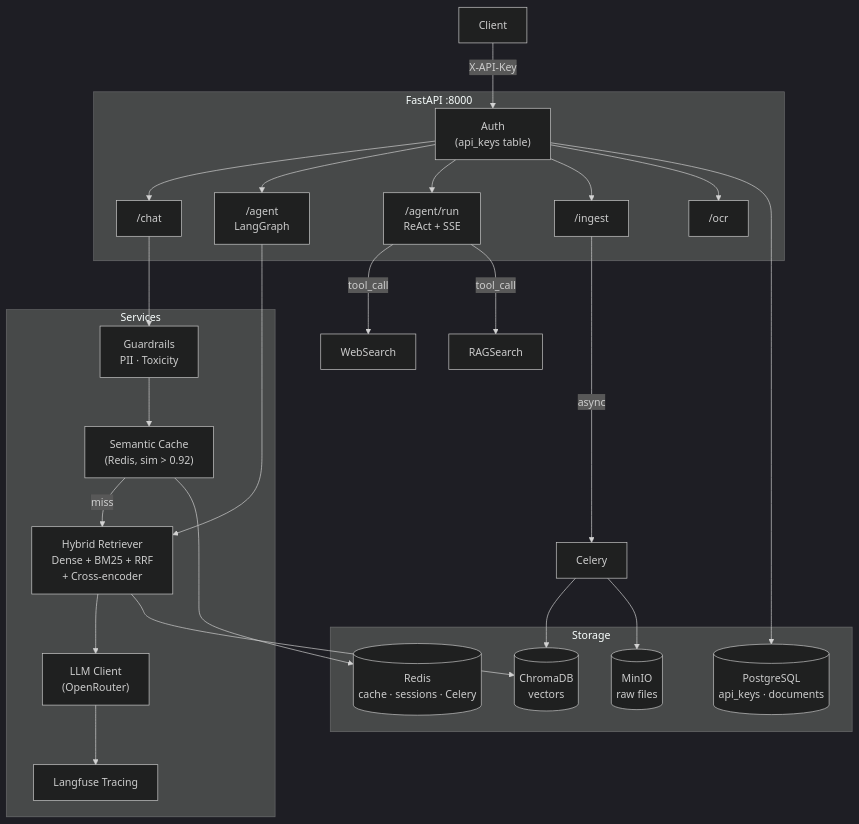
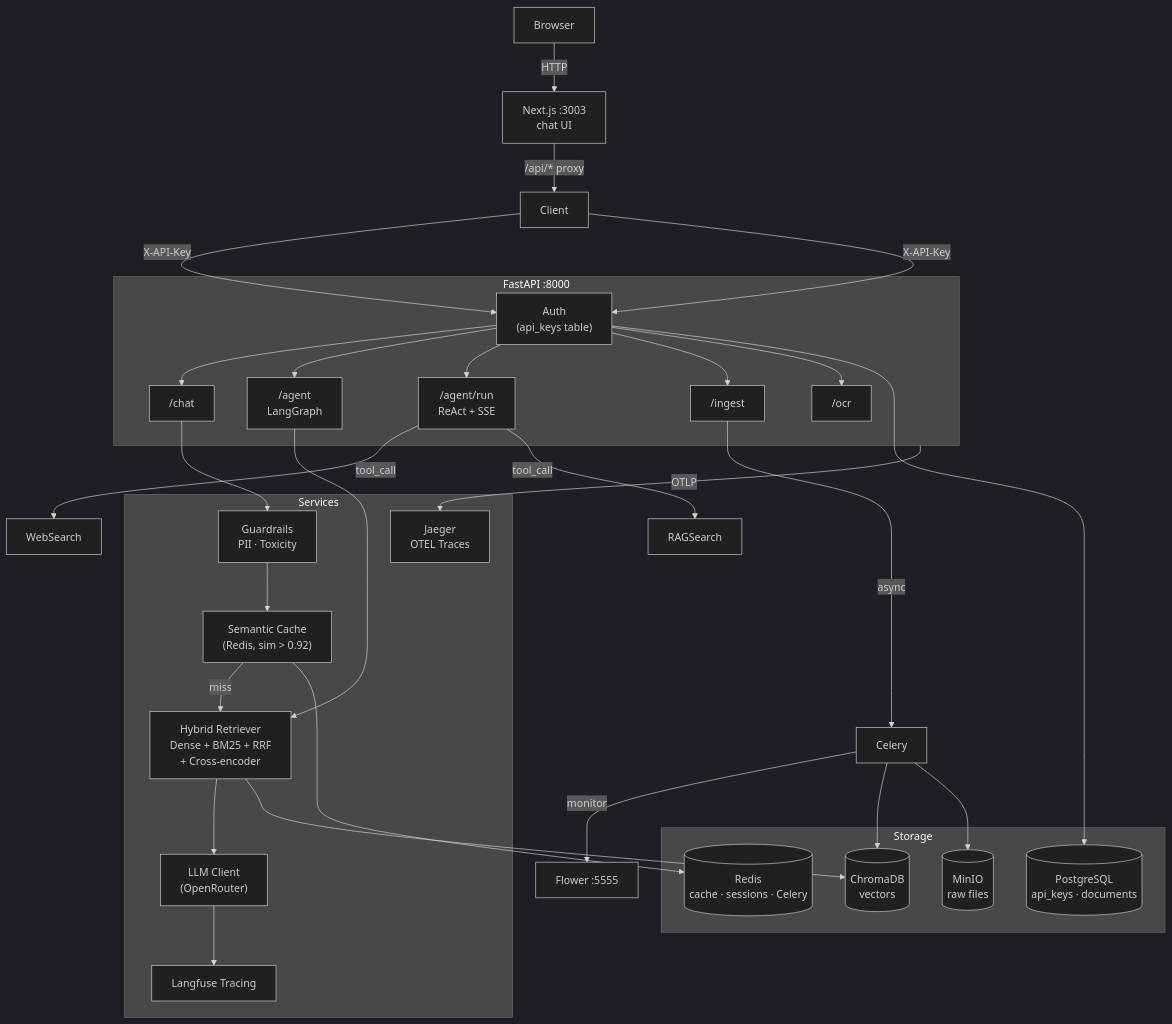
Before and after one commit to SeydinaBANE/rag-agent: the diagram in README.md, drawn with Mermaid (dark theme). The commit also changed other lines of this file and 5 other files, not shown here.

````diff
--- a/README.md
+++ b/README.md
@@ -25,44 +26,52 @@
 ```mermaid
 graph TB
+    Client -->|X-API-Key| Auth
+
+    Browser -->|HTTP| Frontend["Next.js :3003\nchat UI"]
+    Frontend -->|/api/* proxy| Client
+
     Client -->|X-API-Key| Auth
 
     subgraph API ["FastAPI :8000"]
         Auth["Auth\n(api_keys table)"]
         Chat["/chat"]
         Agent["/agent\nLangGraph"]
         ReAct["/agent/run\nReAct + SSE"]
         Ingest["/ingest"]
         OCR["/ocr"]
     end
 
     Auth --> Chat & Agent & ReAct & Ingest & OCR
 
     subgraph Services
         Guard["Guardrails\nPII · Toxicity"]
         Cache["Semantic Cache\n(Redis, sim > 0.92)"]
         Retriever["Hybrid Retriever\nDense + BM25 + RRF\n+ Cross-encoder"]
         LLM["LLM Client\n(OpenRouter)"]
         Langfuse["Langfuse Tracing"]
+        Jaeger["Jaeger\nOTEL Traces"]
     end
 
     Chat --> Guard --> Cache
     Cache -->|miss| Retriever
     Retriever --> LLM --> Langfuse
+    API -->|OTLP| Jaeger
 
     Agent --> Retriever
     ReAct -->|tool_call| WebSearch & RAGSearch
 
     Ingest -->|async| Celery
+    Celery -->|monitor| Flower["Flower :5555"]
 
     subgraph Storage
         PG[("PostgreSQL\napi_keys · documents")]
         Redis[("Redis\ncache · sessions · Celery")]
         Chroma[("ChromaDB\nvectors")]
         MinIO[("MinIO\nraw files")]
     end
 
     Auth --> PG
     Cache --> Redis
     Retriever --> Chroma
     Celery --> Chroma & MinIO
 ```
````
